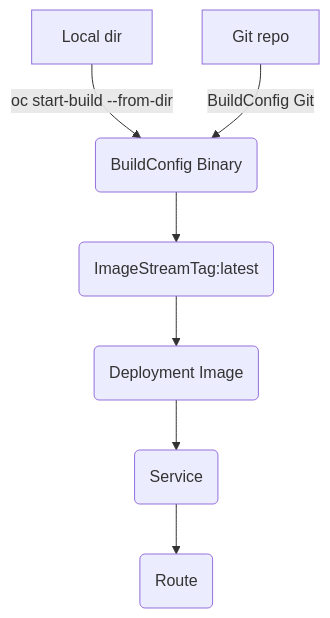
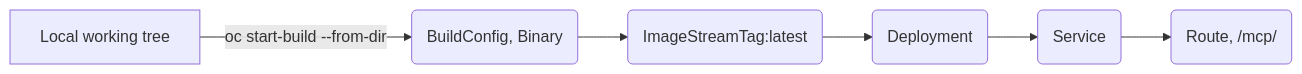
Before and after one commit to rdwj/calculus-helper-mcp-demo: the third of 3 diagrams in ARCHITECTURE.md, drawn with Mermaid. The commit also changed other lines of this file and 74 other files, not shown here.

````diff
--- a/ARCHITECTURE.md
+++ b/ARCHITECTURE.md
@@ -81,9 +110,8 @@
 ```mermaid
-flowchart TD
-  L[Local dir] -->|oc start-build --from-dir| B(BuildConfig Binary)
-  R[Git repo] -->|BuildConfig Git| B
-  B --> I(ImageStreamTag:latest)
-  I --> K(Deployment Image)
-  K --> S(Service)
-  S --> Rt(Route)
+flowchart LR
+  Local[Local working tree] -->|oc start-build --from-dir| BC(BuildConfig, Binary)
+  BC --> IST(ImageStreamTag:latest)
+  IST --> Dep(Deployment)
+  Dep --> Svc(Service)
+  Svc --> Rt(Route, /mcp/)
 ```
````
